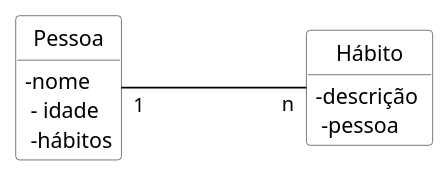
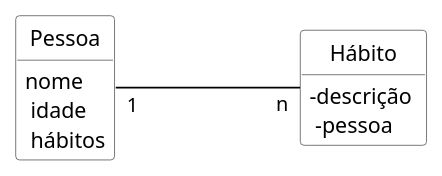
The diagram in imagens/modelos-02/mod02ima02/mod02ima02.plantuml (kyriosdata/oo), drawn with PlantUML before and after one commit. The commit also changed 3 other files, not shown here.

```diff
--- a/imagens/modelos-02/mod02ima02/mod02ima02.plantuml
+++ b/imagens/modelos-02/mod02ima02/mod02ima02.plantuml
@@ -1,18 +1,18 @@
 @startuml mod02ima02
 hide circle
 hide methods
 hide empty members
 
 skinparam class {
     BackgroundColor White
     ArrowColor Black
     BorderColor #505050
 }
 skinparam classAttributeIconSize 0
 class "Pessoa" as pe
 class "Hábito" as ha
-pe : - nome \n - idade \n -hábitos
+pe : nome \n idade \n hábitos
 ha : -descrição \n -pessoa
 left to right direction
 pe"1" --- "n"ha
 @enduml
```
